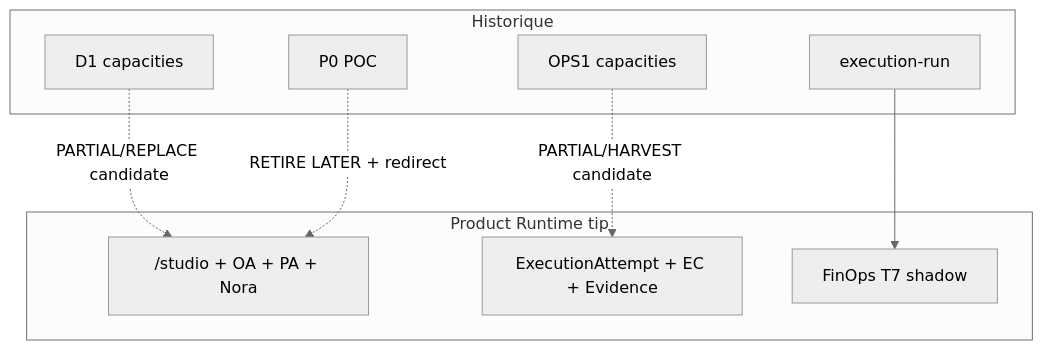
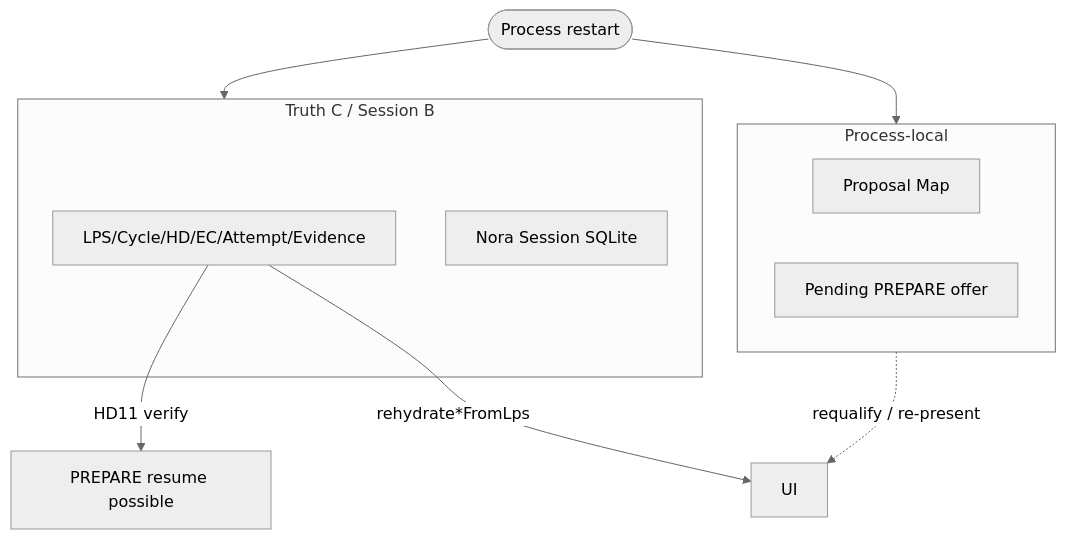
Before and after one commit to mcleland147/sfia-workspace: the fourth of 4 diagrams in sfia-review-handoff/latest-chatgpt-review.md, drawn with Mermaid (neutral theme). The commit also changed other lines of this file, not shown here.

Commit message:
docs(review-handoff): AKG-M4-A T-A03 authority sequences STOP FAIL restart

````diff
--- a/sfia-review-handoff/latest-chatgpt-review.md
+++ b/sfia-review-handoff/latest-chatgpt-review.md
@@ -250,18 +402,16 @@
 ```mermaid
 flowchart TB
-  subgraph Hist["Historique"]
-    D1[D1 capacities]
-    OPS[OPS1 capacities]
-    P0[P0 POC]
-    ER[execution-run]
+  subgraph Durable["Truth C / Session B"]
+    LPS[LPS/Cycle/HD/EC/Attempt/Evidence]
+    NS[Nora Session SQLite]
   end
-  subgraph Prod["Product Runtime tip"]
-    STU["/studio + OA + PA + Nora"]
-    ATT[ExecutionAttempt + EC + Evidence]
-    FIN[FinOps T7 shadow]
+  subgraph Lost["Process-local"]
+    PROP[Proposal Map]
+    OFF[Pending PREPARE offer]
   end
-  D1 -.->|PARTIAL/REPLACE candidate| STU
-  OPS -.->|PARTIAL/HARVEST candidate| ATT
-  P0 -.->|RETIRE LATER + redirect| STU
-  ER --> FIN
+  Restart([Process restart]) --> Durable
+  Restart --> Lost
+  Lost -.->|requalify / re-present| UI[UI]
+  LPS -->|HD11 verify| PREP[PREPARE resume possible]
+  LPS -->|rehydrate*FromLps| UI
 ```
````
